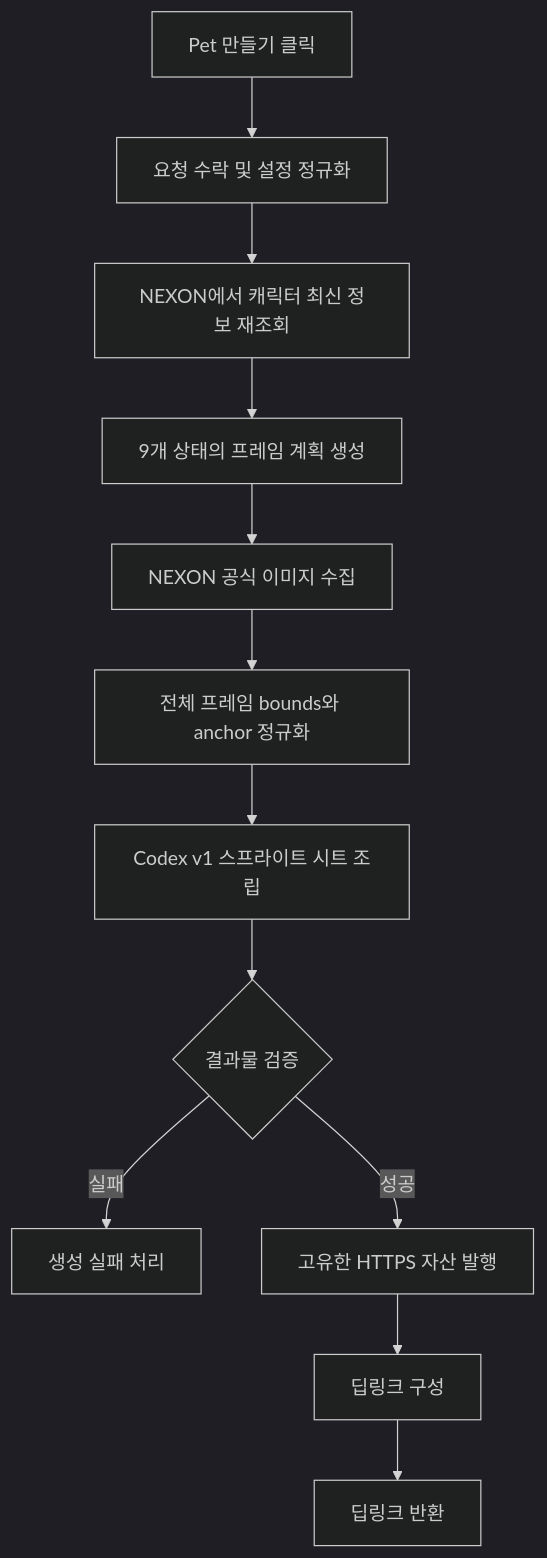
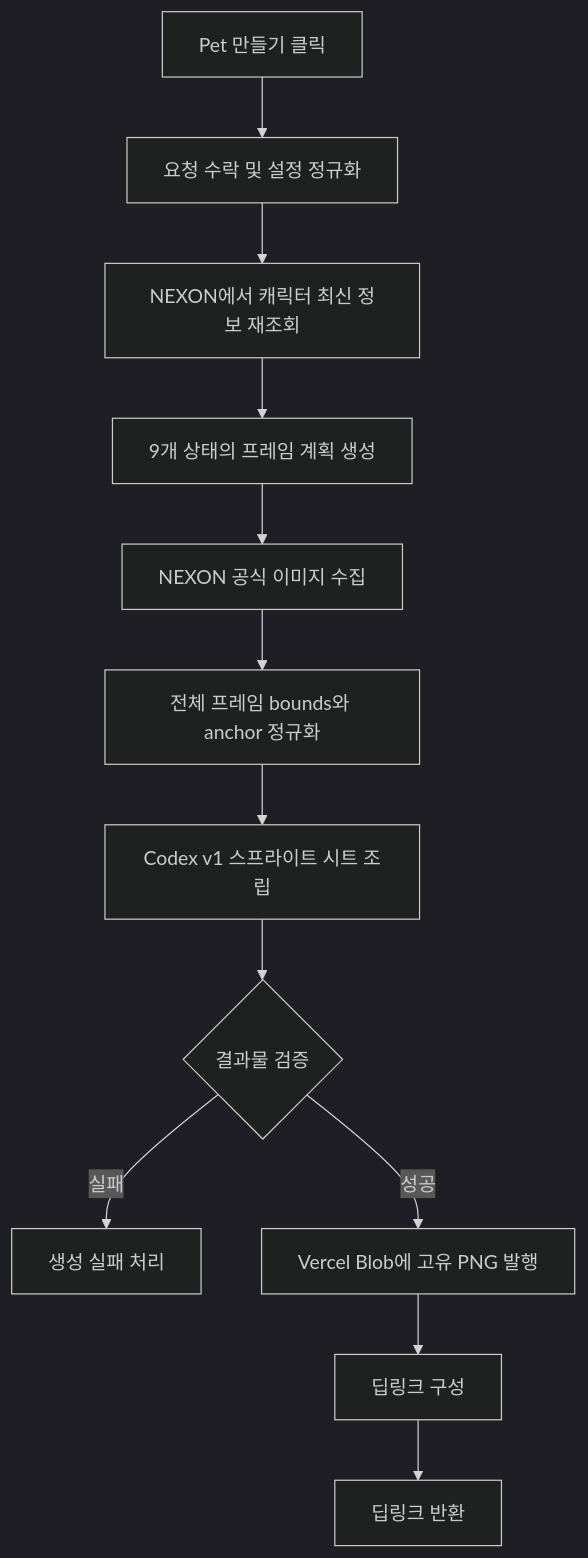
Before and after one commit to kangaroo19/maple-hatch-pet: the diagram in docs/product-spec/pet-generation-flow.md, drawn with Mermaid (dark theme). The commit also changed other lines of this file and 9 other files, not shown here.

````diff
--- a/docs/product-spec/pet-generation-flow.md
+++ b/docs/product-spec/pet-generation-flow.md
@@ -71,14 +137,14 @@
 ```mermaid
 flowchart TD
     A["Pet 만들기 클릭"] --> B["요청 수락 및 설정 정규화"]
     B --> C["NEXON에서 캐릭터 최신 정보 재조회"]
     C --> D["9개 상태의 프레임 계획 생성"]
     D --> E["NEXON 공식 이미지 수집"]
     E --> F["전체 프레임 bounds와 anchor 정규화"]
     F --> G["Codex v1 스프라이트 시트 조립"]
     G --> H{"결과물 검증"}
     H -->|"실패"| I["생성 실패 처리"]
-    H -->|"성공"| J["고유한 HTTPS 자산 발행"]
+    H -->|"성공"| J["Vercel Blob에 고유 PNG 발행"]
     J --> K["딥링크 구성"]
     K --> L["딥링크 반환"]
 ```
````
